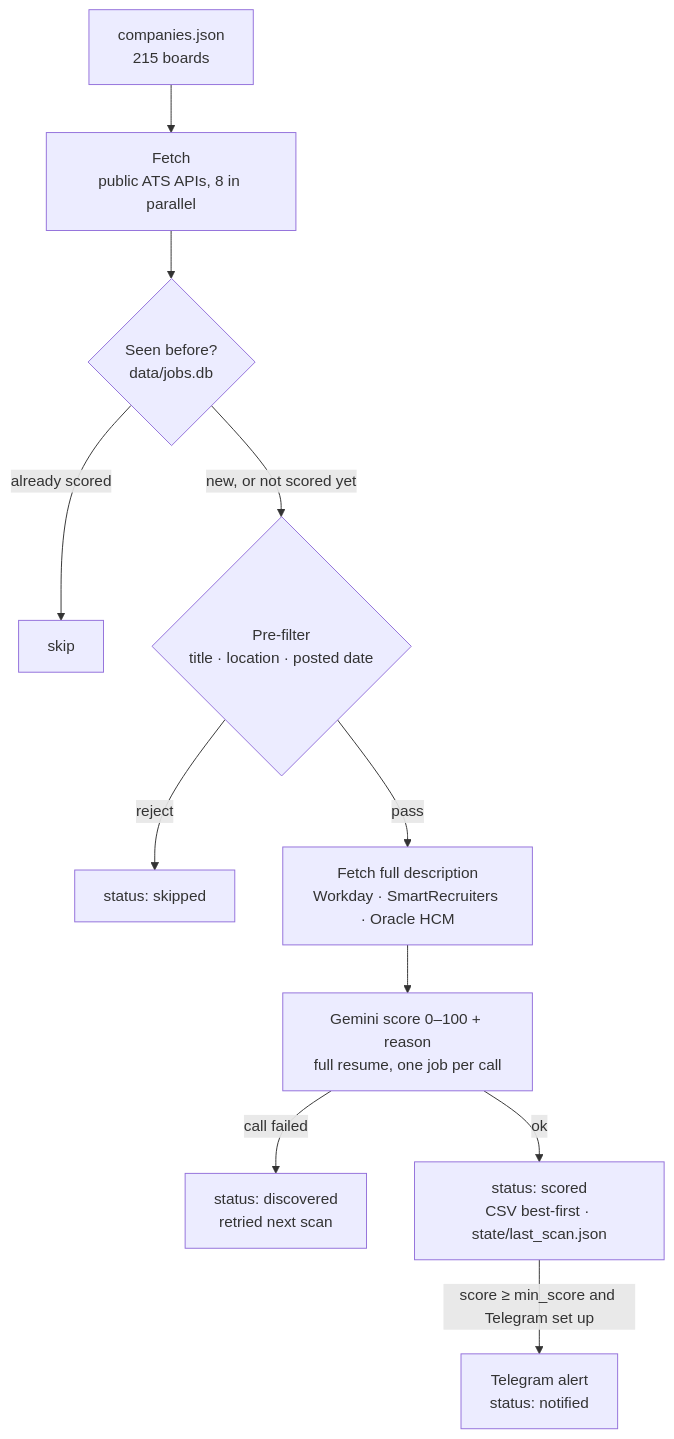
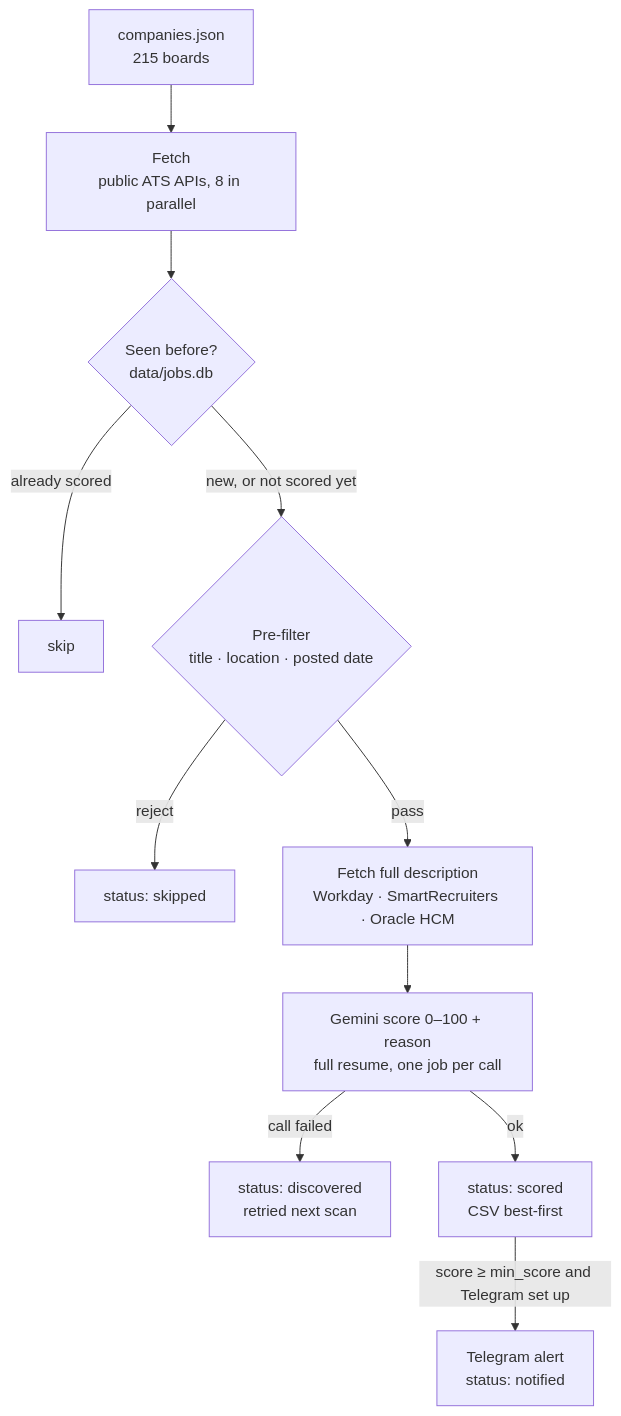
Before and after one commit to Manish814142/rolesight: the diagram in README.md, drawn with Mermaid. The commit also changed other lines of this file and 17 other files, not shown here.

````diff
--- a/README.md
+++ b/README.md
@@ -78,13 +78,13 @@
 ```mermaid
 flowchart TD
     C["companies.json<br/>215 boards"] --> F["Fetch<br/>public ATS APIs, 8 in parallel"]
     F --> D{"Seen before?<br/>data/jobs.db"}
     D -- "already scored" --> X["skip"]
     D -- "new, or not scored yet" --> P{"Pre-filter<br/>title · location · posted date"}
     P -- reject --> S["status: skipped"]
     P -- pass --> E["Fetch full description<br/>Workday · SmartRecruiters · Oracle HCM"]
     E --> G["Gemini score 0–100 + reason<br/>full resume, one job per call"]
     G -- "call failed" --> R["status: discovered<br/>retried next scan"]
-    G -- ok --> O["status: scored<br/>CSV best-first · state/last_scan.json"]
+    G -- ok --> O["status: scored<br/>CSV best-first"]
     O -- "score ≥ min_score and Telegram set up" --> T["Telegram alert<br/>status: notified"]
 ```
````
